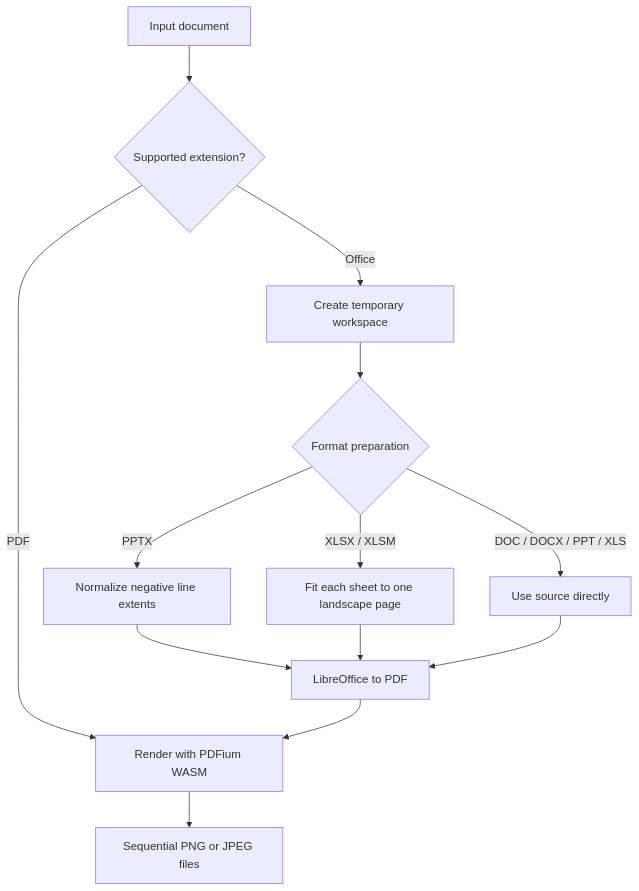
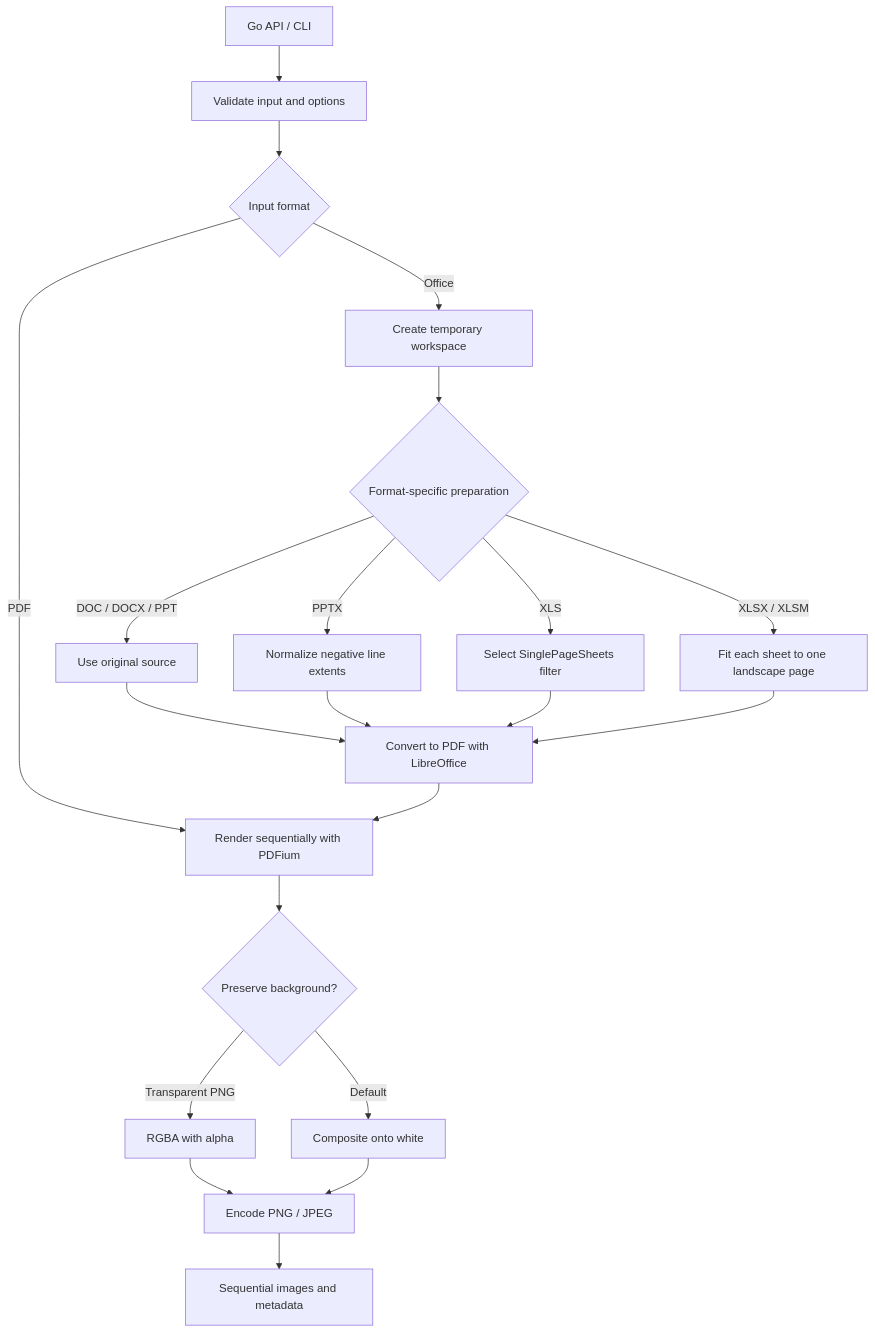
The diagram in DESIGN.md (mochizuki875/document-image-renderer), drawn with Mermaid before and after one commit. The commit also changed other lines of this file and 7 other files, not shown here.

````diff
--- a/DESIGN.md
+++ b/DESIGN.md
@@ -22,15 +38,23 @@
 ```mermaid
 flowchart TD
-  input[Input document] --> validate{Supported extension?}
-  validate -->|PDF| pdfium[Render with PDFium WASM]
-  validate -->|Office| workspace[Create temporary workspace]
-  workspace --> prepare{Format preparation}
+  caller[Go API / CLI] --> validate[Validate input and options]
+  validate --> route{Input format}
+  route -->|PDF| rasterize[Render sequentially with PDFium]
+  route -->|Office| workspace[Create temporary workspace]
+  workspace --> prepare{Format-specific preparation}
+  prepare -->|DOC / DOCX / PPT| direct[Use original source]
   prepare -->|PPTX| pptx[Normalize negative line extents]
+  prepare -->|XLS| xls[Select SinglePageSheets filter]
   prepare -->|XLSX / XLSM| sheets[Fit each sheet to one landscape page]
-  prepare -->|DOC / DOCX / PPT / XLS| direct[Use source directly]
-  pptx --> libreoffice[LibreOffice to PDF]
+  direct --> libreoffice[Convert to PDF with LibreOffice]
+  pptx --> libreoffice
+  xls --> libreoffice
   sheets --> libreoffice
-  direct --> libreoffice
-  libreoffice --> pdfium
-  pdfium --> images[Sequential PNG or JPEG files]
+  libreoffice --> rasterize
+  rasterize --> background{Preserve background?}
+  background -->|Transparent PNG| alpha[RGBA with alpha]
+  background -->|Default| white[Composite onto white]
+  alpha --> encode[Encode PNG / JPEG]
+  white --> encode
+  encode --> images[Sequential images and metadata]
 ```
````
